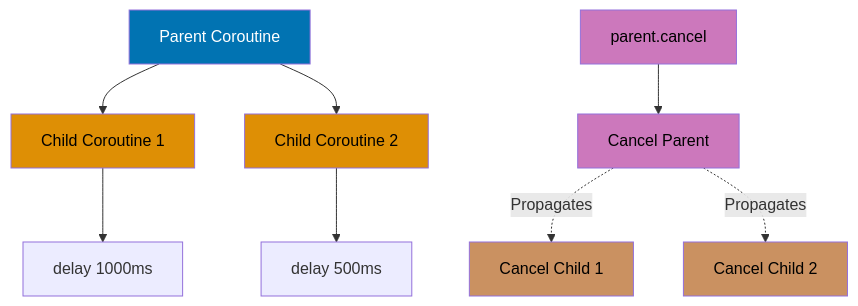
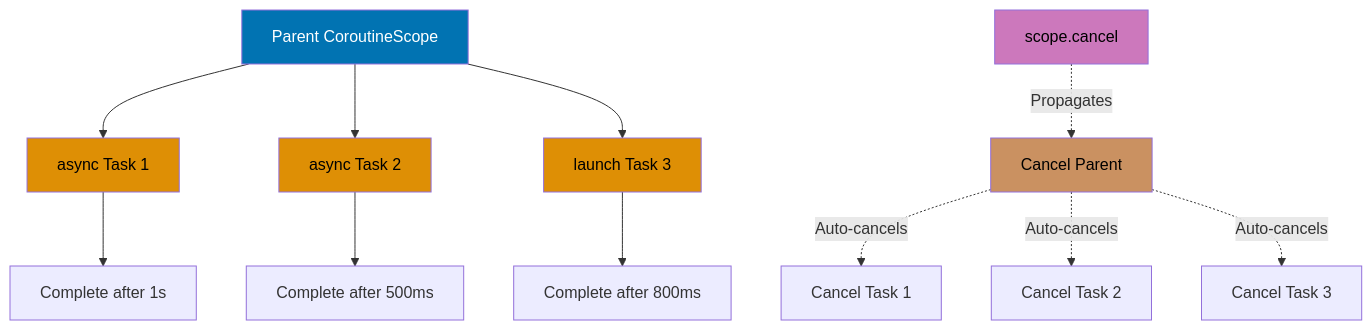
One commit to wahidyankf/open-sharia-enterprise changed the second of 5 diagrams in apps/ayokoding-web/content/en/learn/software-engineering/programming-languages/kotlin/tutorials/by-example/intermediate.md. Above: the diagram before and after it, drawn with Mermaid. The commit also changed other lines of this file and 6 other files, not shown here.

````diff
--- a/apps/ayokoding-web/content/en/learn/software-engineering/programming-languages/kotlin/tutorials/by-example/intermediate.md
+++ b/apps/ayokoding-web/content/en/learn/software-engineering/programming-languages/kotlin/tutorials/by-example/intermediate.md
@@ -198,21 +119,23 @@
 ```mermaid
 %% Structured concurrency hierarchy and cancellation propagation
 graph TD
-    Parent[Parent Coroutine] --> Child1[Child Coroutine 1]
-    Parent --> Child2[Child Coroutine 2]
+    Parent[Parent CoroutineScope] --> Child1[async Task 1]
+    Parent --> Child2[async Task 2]
+    Parent --> Child3[launch Task 3]
 
-    Child1 --> Delay1[delay 1000ms]
-    Child2 --> Delay2[delay 500ms]
+    Child1 --> Complete1[Complete after 1s]
+    Child2 --> Complete2[Complete after 500ms]
+    Child3 --> Complete3[Complete after 800ms]
 
-    Cancel[parent.cancel] --> CancelParent[Cancel Parent]
-    CancelParent -.->|Propagates| CancelChild1[Cancel Child 1]
-    CancelParent -.->|Propagates| CancelChild2[Cancel Child 2]
+    Cancel[scope.cancel] -.->|Propagates| CancelParent[Cancel Parent]
+    CancelParent -.->|Auto-cancels| CancelChild1[Cancel Task 1]
+    CancelParent -.->|Auto-cancels| CancelChild2[Cancel Task 2]
+    CancelParent -.->|Auto-cancels| CancelChild3[Cancel Task 3]
 
     style Parent fill:#0173B2,color:#fff
     style Child1 fill:#DE8F05,color:#000
     style Child2 fill:#DE8F05,color:#000
+    style Child3 fill:#DE8F05,color:#000
     style Cancel fill:#CC78BC,color:#000
-    style CancelParent fill:#CC78BC,color:#000
-    style CancelChild1 fill:#CA9161,color:#000
-    style CancelChild2 fill:#CA9161,color:#000
+    style CancelParent fill:#CA9161,color:#000
 ```
````
